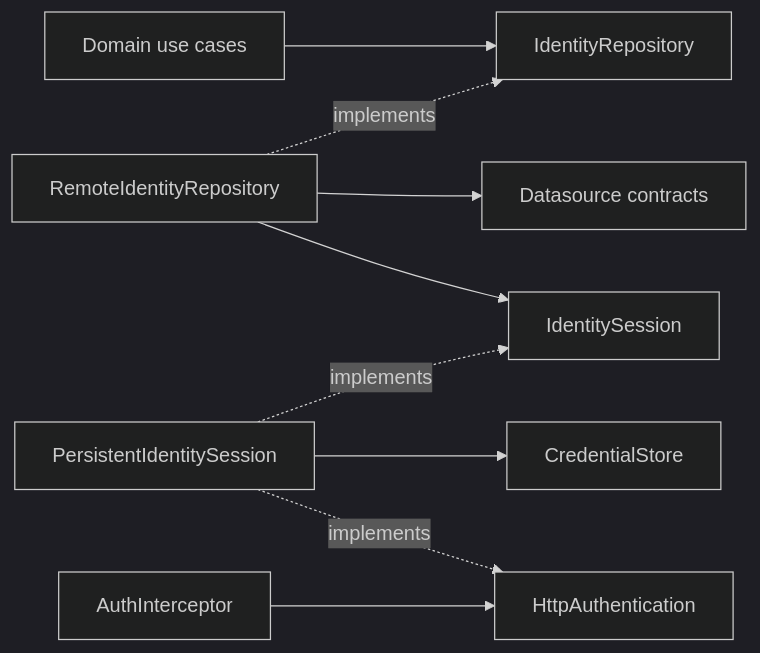
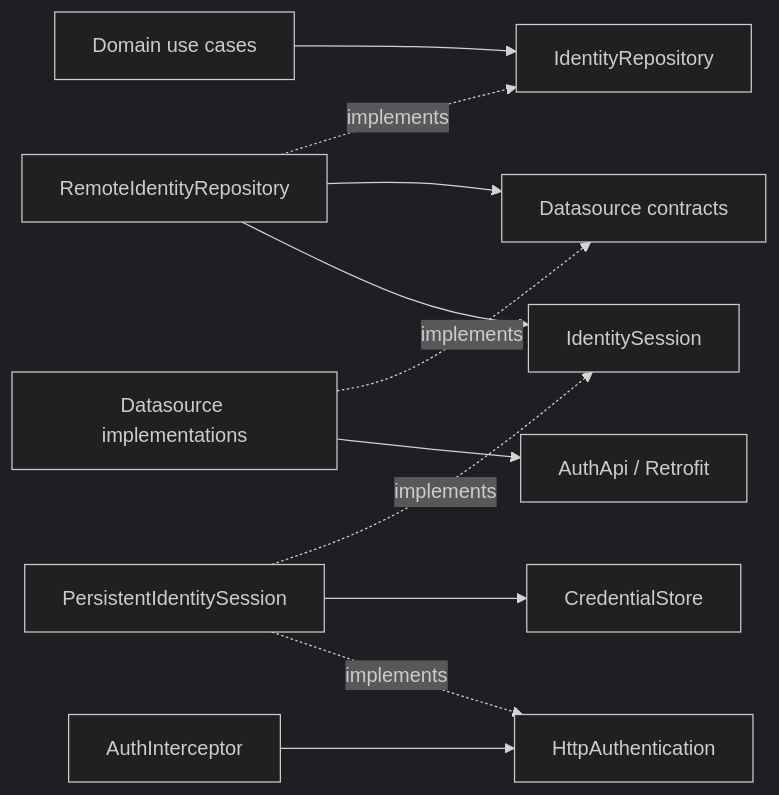
One commit to fajarxfce/flutter-starter changed the diagram in docs/identity-session.md. Above: the diagram before and after it, drawn with Mermaid (dark theme). The commit also changed other lines of this file and 10 other files, not shown here.

Commit message:
refactor(identity): separate Retrofit API from remote data sources

````diff
--- a/docs/identity-session.md
+++ b/docs/identity-session.md
@@ -20,11 +27,13 @@
 ```mermaid
 flowchart LR
     UseCase[Domain use cases] --> Repo[IdentityRepository]
     Impl[RemoteIdentityRepository] -. implements .-> Repo
     Impl --> Remote[Datasource contracts]
+    DataSources[Datasource implementations] -. implements .-> Remote
+    DataSources --> API[AuthApi / Retrofit]
     Impl --> Session[IdentitySession]
     Persistent[PersistentIdentitySession] -. implements .-> Session
     Persistent --> Storage[CredentialStore]
     Interceptor[AuthInterceptor] --> Auth[HttpAuthentication]
     Persistent -. implements .-> Auth
 ```
````
